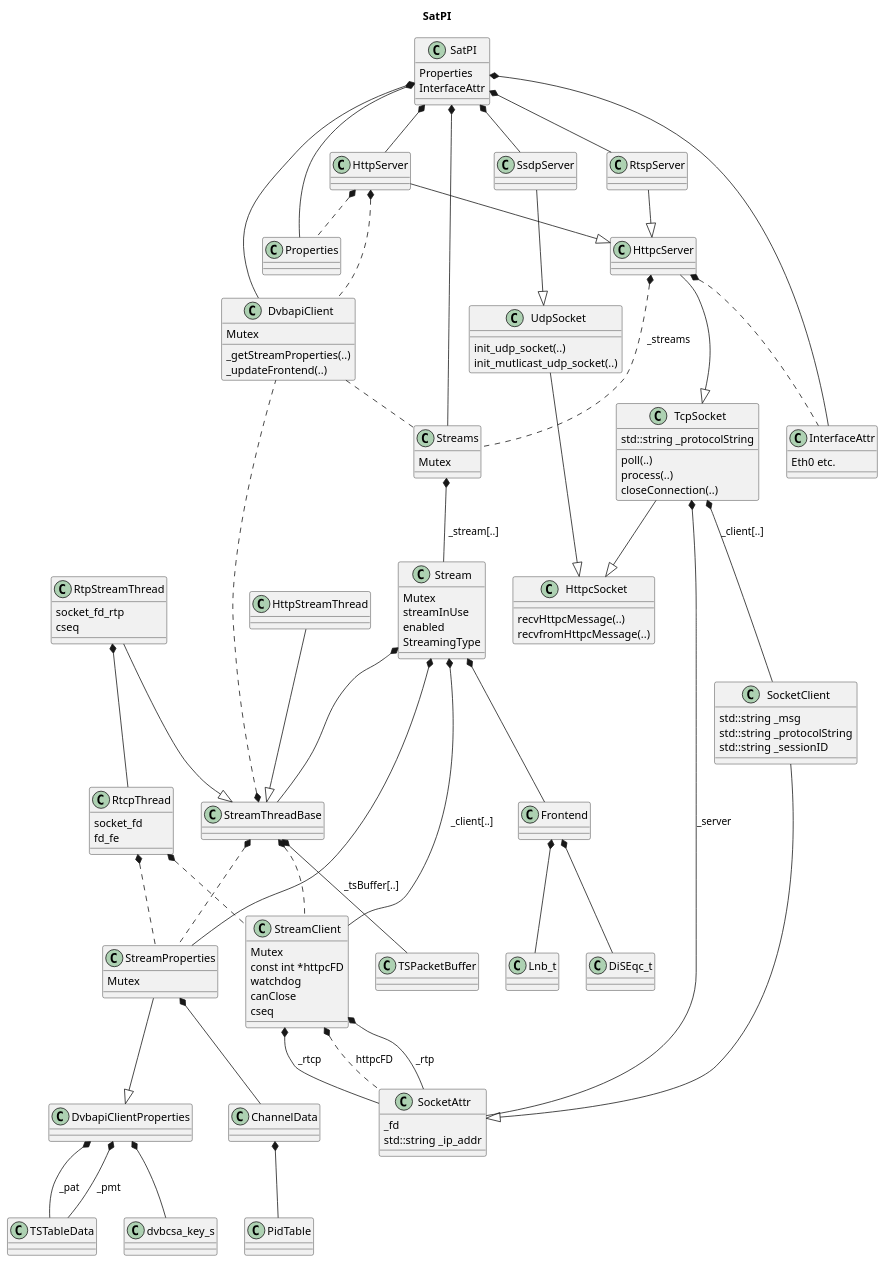
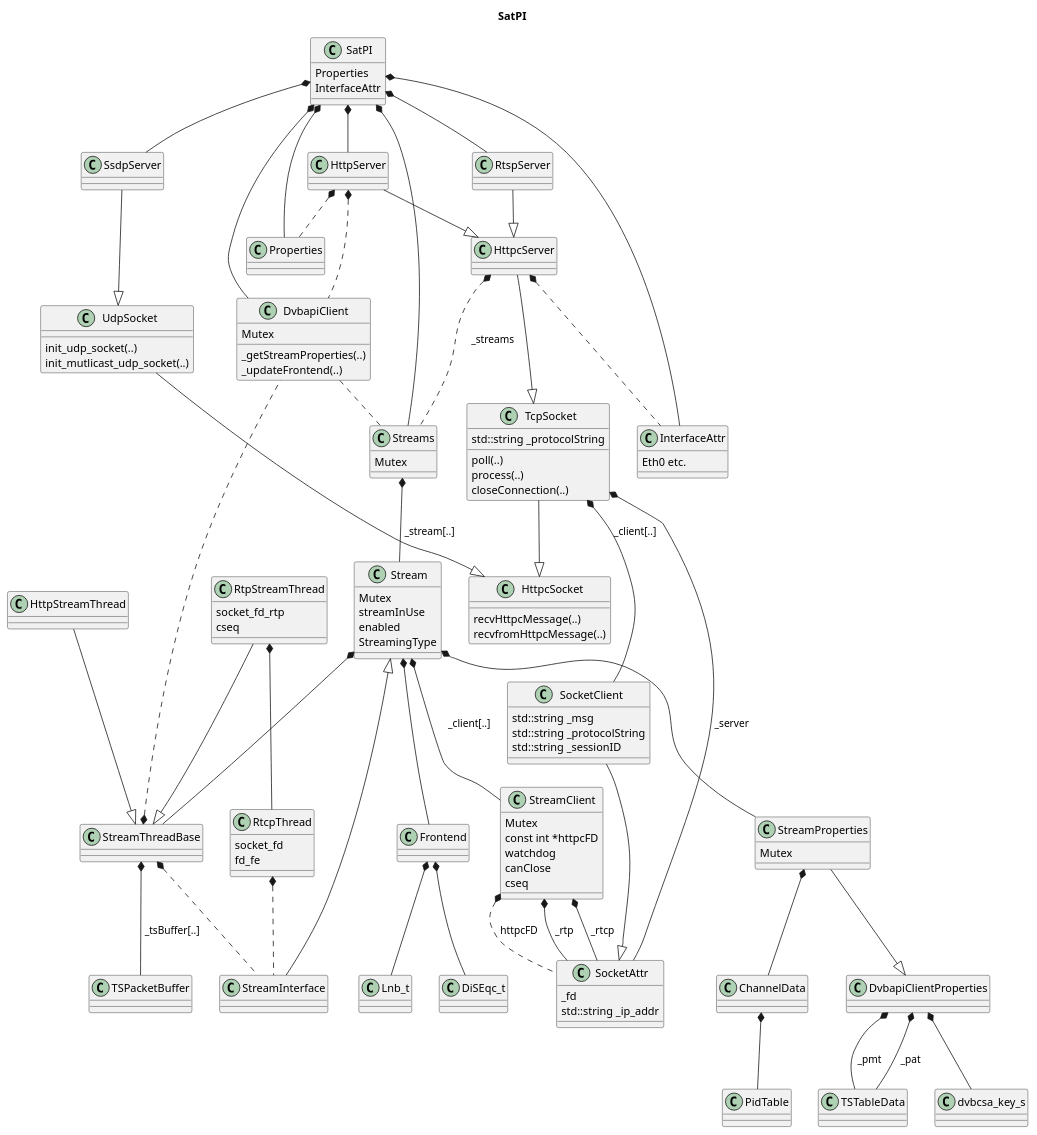
The diagram in SatPI.plantuml (Barracuda09/SATPI), drawn with PlantUML before and after one commit. The commit also changed 73 other files, not shown here.

```diff
--- a/SatPI.plantuml
+++ b/SatPI.plantuml
@@ -1,141 +1,143 @@
 @startuml
 
 hide footbox
 
 title SatPI
 
 SatPI *-- DvbapiClient
 SatPI *-- Streams
 SatPI *-- RtspServer
 SatPI *-- HttpServer
 SatPI *-- SsdpServer
 SatPI *-- Properties
 SatPI *-- InterfaceAttr
 
 
 class SatPI {
   Properties
   InterfaceAttr
 }
 
 class InterfaceAttr {
   Eth0 etc.
 }
 
 class HttpcSocket {
   recvHttpcMessage(..)
   recvfromHttpcMessage(..)
 }
 
 SocketClient --|> SocketAttr
 class SocketClient {
   std::string _msg
   std::string _protocolString
   std::string _sessionID
 }
 
 class SocketAttr {
   _fd
   std::string _ip_addr
 }
 
 TcpSocket --|> HttpcSocket
 TcpSocket *-- SocketAttr : "_server"
 TcpSocket *-- SocketClient : "_client[..]"
 class TcpSocket {
   poll(..)
   process(..)
   closeConnection(..)
   std::string _protocolString
 }
 
 UdpSocket --|> HttpcSocket
 class UdpSocket {
   init_udp_socket(..)
   init_mutlicast_udp_socket(..)
 }
 
 SsdpServer --|> UdpSocket
 
 RtspServer --|> HttpcServer
 
 HttpServer --|> HttpcServer
 HttpServer *.. Properties
 HttpServer *.. DvbapiClient
 
 HttpcServer --|> TcpSocket
 HttpcServer *.. Streams : "_streams"
 HttpcServer *.. InterfaceAttr
 
+StreamInterface --|> Stream
+
 Stream *-- StreamClient : " _client[..] "
 Stream *-- StreamProperties
 Stream *-- Frontend
 Stream *-- StreamThreadBase
 class Stream {
   Mutex
   streamInUse
   enabled
   StreamingType
 }
 
 Streams *-- Stream : " _stream[..] "
 class Streams {
   Mutex
 }
 
 StreamClient *-- SocketAttr : " _rtp "
 StreamClient *-- SocketAttr : " _rtcp "
 StreamClient *.. SocketAttr : " httpcFD "
 class StreamClient {
   Mutex
   const int *httpcFD
   watchdog
   canClose
   cseq
 }
 
 StreamThreadBase *.. DvbapiClient
 StreamThreadBase *-- TSPacketBuffer : " _tsBuffer[..] "
-StreamThreadBase *.. StreamClient
-StreamThreadBase *.. StreamProperties
+StreamThreadBase *.. StreamInterface
+class StreamThreadBase {
+}
 
 
 RtpStreamThread --|> StreamThreadBase
 RtpStreamThread *-- RtcpThread
 class RtpStreamThread {
   socket_fd_rtp
   cseq
 }
 
-RtcpThread *.. StreamClient
-RtcpThread *.. StreamProperties
+RtcpThread *.. StreamInterface
 class RtcpThread {
   socket_fd
   fd_fe
 }
 
 HttpStreamThread --|> StreamThreadBase
 
 DvbapiClientProperties *-- dvbcsa_key_s
 DvbapiClientProperties *-- TSTableData : " _pat "
 DvbapiClientProperties *-- TSTableData : " _pmt "
 
 StreamProperties *-- ChannelData
 StreamProperties --|> DvbapiClientProperties
 class StreamProperties {
   Mutex
 }
 
 DvbapiClient  .  Streams
 class DvbapiClient {
   Mutex
   _getStreamProperties(..)
   _updateFrontend(..)
 }
 
 Frontend *-- Lnb_t
 Frontend *-- DiSEqc_t
 
 ChannelData *-- PidTable
 
 @enduml
```
